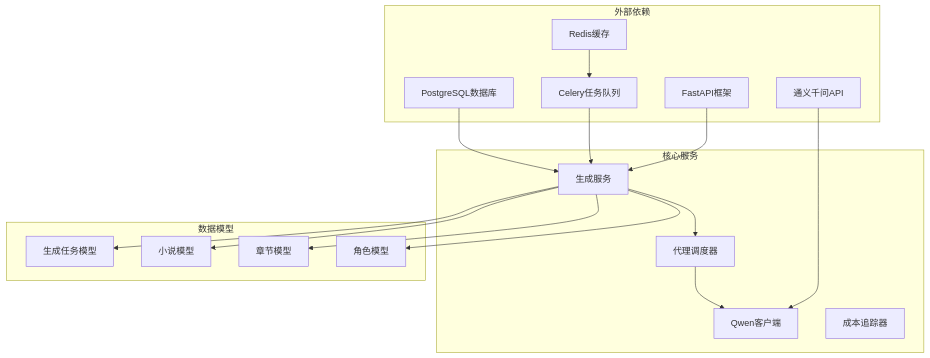
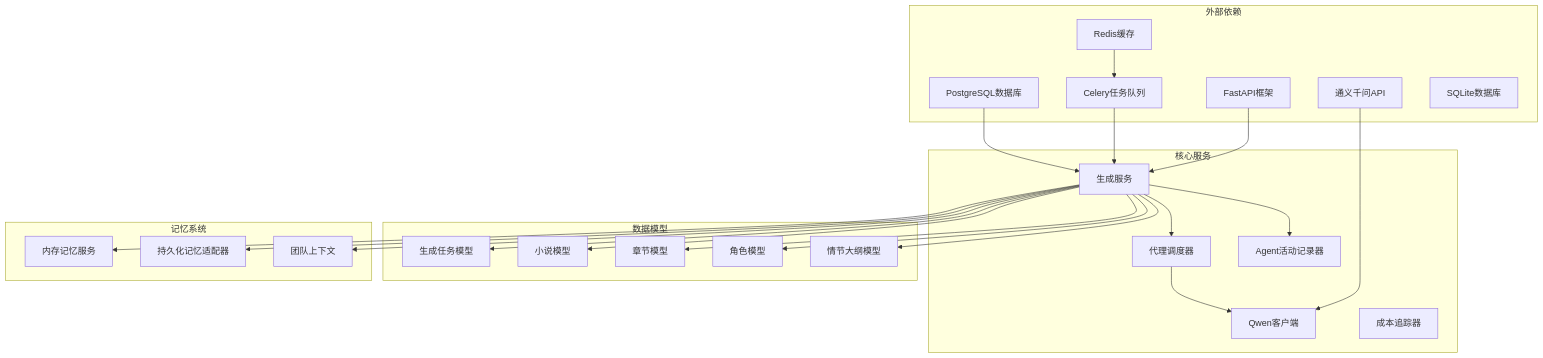
Before and after one commit to xfbyxq/ai-novel-system: the ninth of 10 diagrams in .qoder/repowiki/zh/content/Generation Service.md, drawn with Mermaid. The commit also changed other lines of this file and 4 other files, not shown here.

````diff
--- a/.qoder/repowiki/zh/content/Generation Service.md
+++ b/.qoder/repowiki/zh/content/Generation Service.md
@@ -309,33 +402,46 @@
 ```mermaid
 graph TB
 subgraph "外部依赖"
 FastAPI[FastAPI框架]
 Celery[Celery任务队列]
 DashScope[通义千问API]
 PostgreSQL[PostgreSQL数据库]
 Redis[Redis缓存]
+SQLite[SQLite数据库]
 end
 subgraph "核心服务"
 GenerationService[生成服务]
 AgentDispatcher[代理调度器]
 QwenClient[Qwen客户端]
 CostTracker[成本追踪器]
+AgentActivityRecorder[Agent活动记录器]
 end
 subgraph "数据模型"
 GenerationTask[生成任务模型]
 Novel[小说模型]
 Chapter[章节模型]
 Character[角色模型]
+PlotOutline[情节大纲模型]
+end
+subgraph "记忆系统"
+MemoryService[内存记忆服务]
+PersistentMemory[持久化记忆适配器]
+TeamContext[团队上下文]
 end
 FastAPI --> GenerationService
 Celery --> GenerationService
 DashScope --> QwenClient
 PostgreSQL --> GenerationService
 Redis --> Celery
 GenerationService --> AgentDispatcher
 AgentDispatcher --> QwenClient
 GenerationService --> GenerationTask
 GenerationService --> Novel
 GenerationService --> Chapter
 GenerationService --> Character
+GenerationService --> PlotOutline
+GenerationService --> MemoryService
+GenerationService --> PersistentMemory
+GenerationService --> TeamContext
+GenerationService --> AgentActivityRecorder
 ```
````
